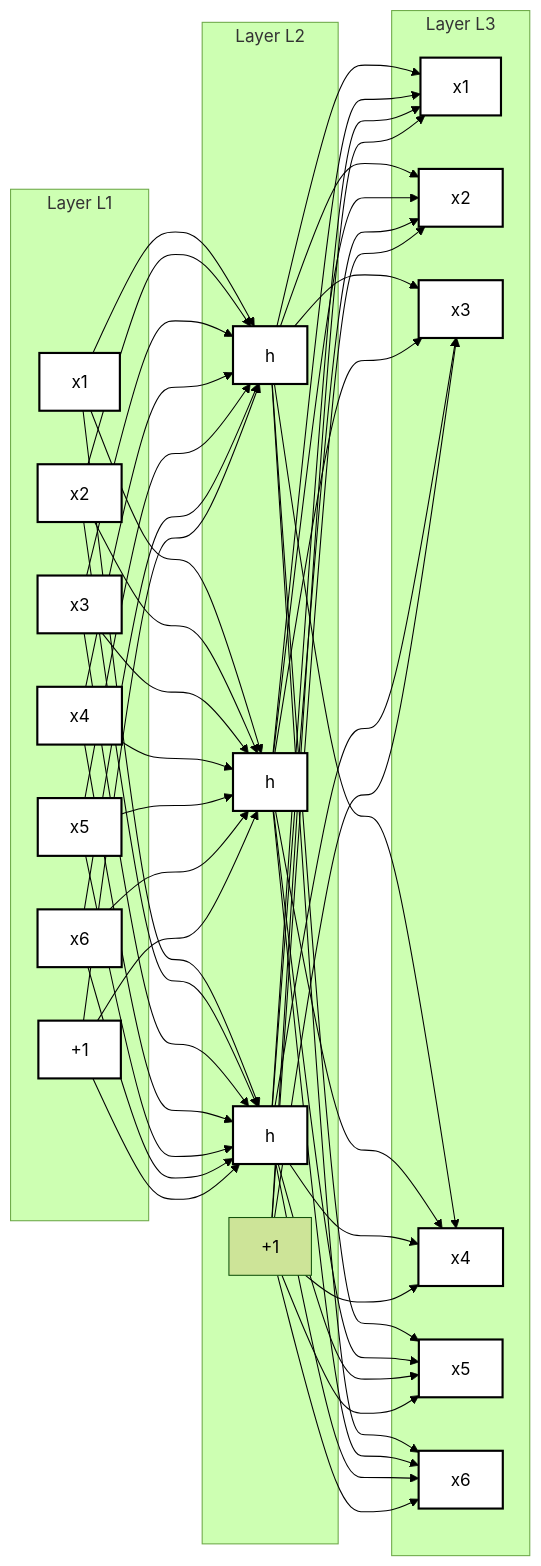
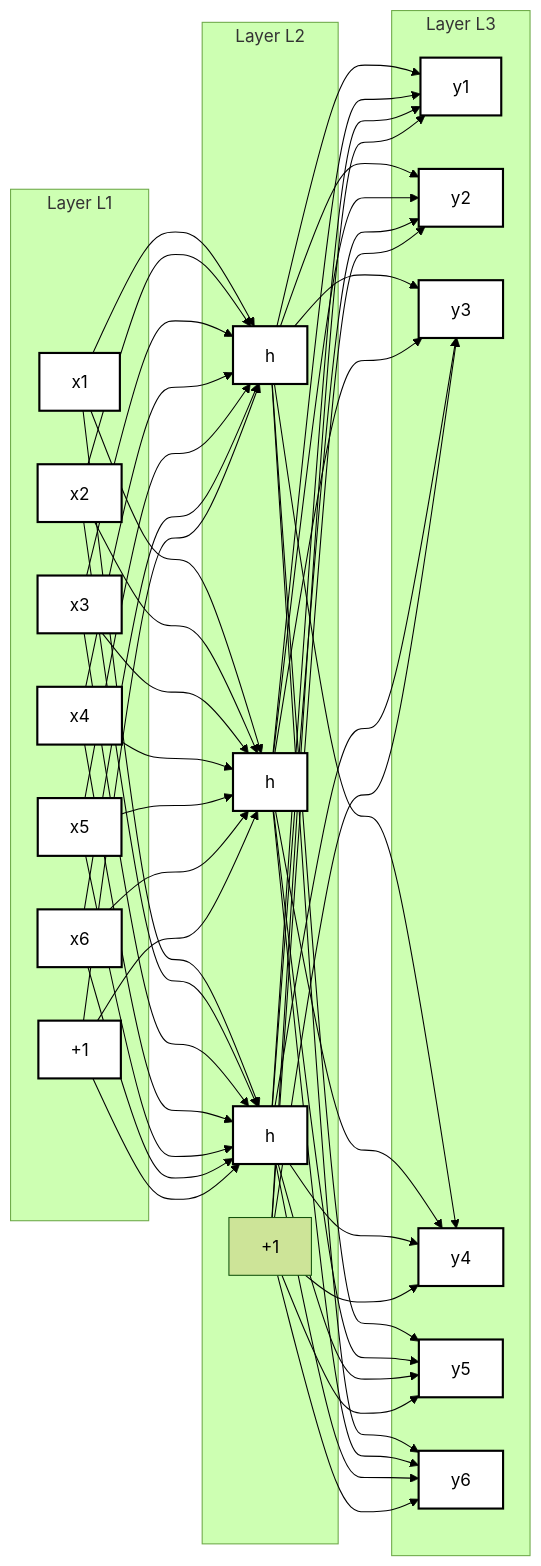
One commit to jinghuazhao/tests changed the first of 2 diagrams in mermaid/autoencoder.md. Above: the diagram before and after it, drawn with Mermaid (forest theme). The commit also changed other lines of this file, not shown here.

```diff
--- a/mermaid/autoencoder.md
+++ b/mermaid/autoencoder.md
@@ -18,12 +18,12 @@
     end
 
     subgraph Layer_L3[Layer L3]
-        y1[x1]
-        y2[x2]
-        y3[x3]
-        y4[x4]
-        y5[x5]
-        y6[x6]
+        y1[y1]
+        y2[y2]
+        y3[y3]
+        y4[y4]
+        y5[y5]
+        y6[y6]
     end
 
     x1 --> h1
```
